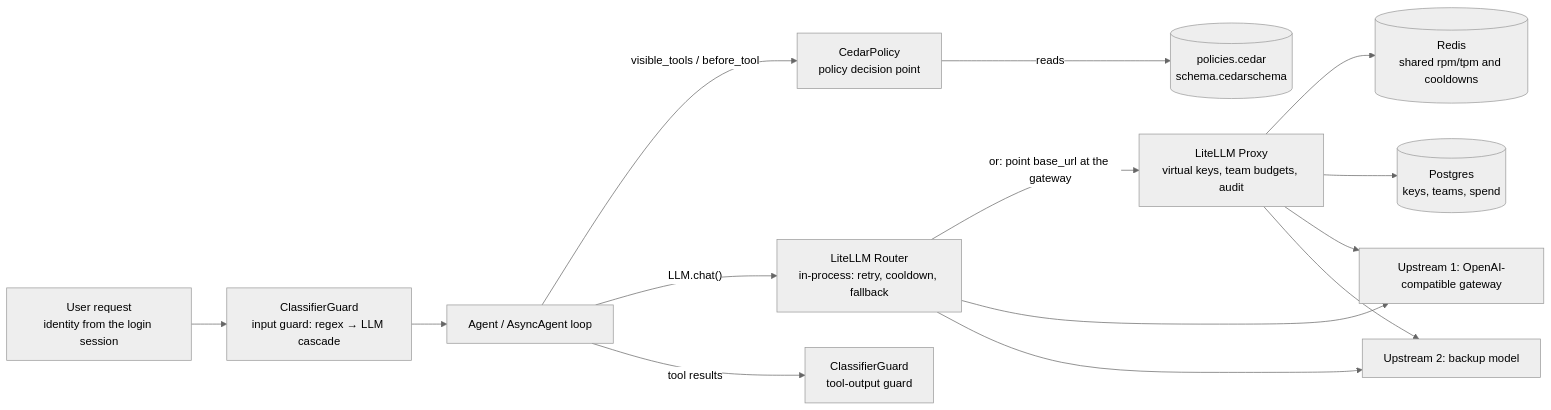
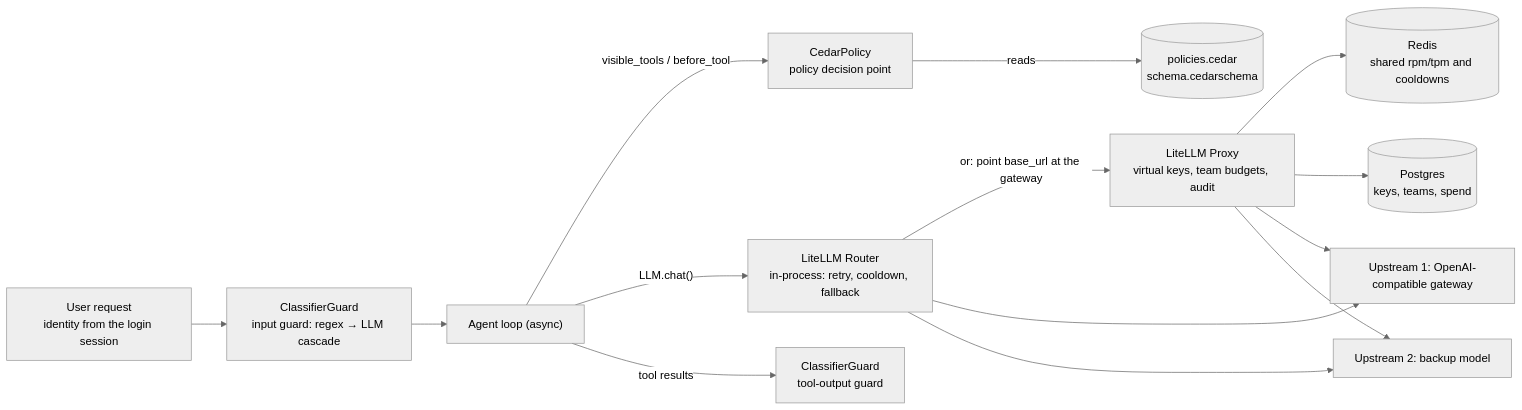
One commit to heaven999b/hello-agent-system changed the first of 2 diagrams in lessons/29_gateway_and_guardrails/README.en.md. Above: the diagram before and after it, drawn with Mermaid (neutral theme). The commit also changed other lines of this file and 9 other files, not shown here.

````diff
--- a/lessons/29_gateway_and_guardrails/README.en.md
+++ b/lessons/29_gateway_and_guardrails/README.en.md
@@ -38,16 +38,16 @@
 ```mermaid
 flowchart LR
     U["User request<br/>identity from the login session"] --> G1["ClassifierGuard<br/>input guard: regex → LLM cascade"]
-    G1 --> A["Agent / AsyncAgent loop"]
+    G1 --> A["Agent loop (async)"]
     A -->|"visible_tools / before_tool"| P["CedarPolicy<br/>policy decision point"]
     P -->|"reads"| PF[("policies.cedar<br/>schema.cedarschema")]
     A -->|"LLM.chat()"| R["LiteLLM Router<br/>in-process: retry, cooldown, fallback"]
     R -->|"or: point base_url at the gateway"| GW["LiteLLM Proxy<br/>virtual keys, team budgets, audit"]
     GW --> RD[("Redis<br/>shared rpm/tpm and cooldowns")]
     GW --> PG[("Postgres<br/>keys, teams, spend")]
     R --> UP1["Upstream 1: OpenAI-compatible gateway"]
     R --> UP2["Upstream 2: backup model"]
     GW --> UP1
     GW --> UP2
     A -->|"tool results"| G2["ClassifierGuard<br/>tool-output guard"]
 ```
````
